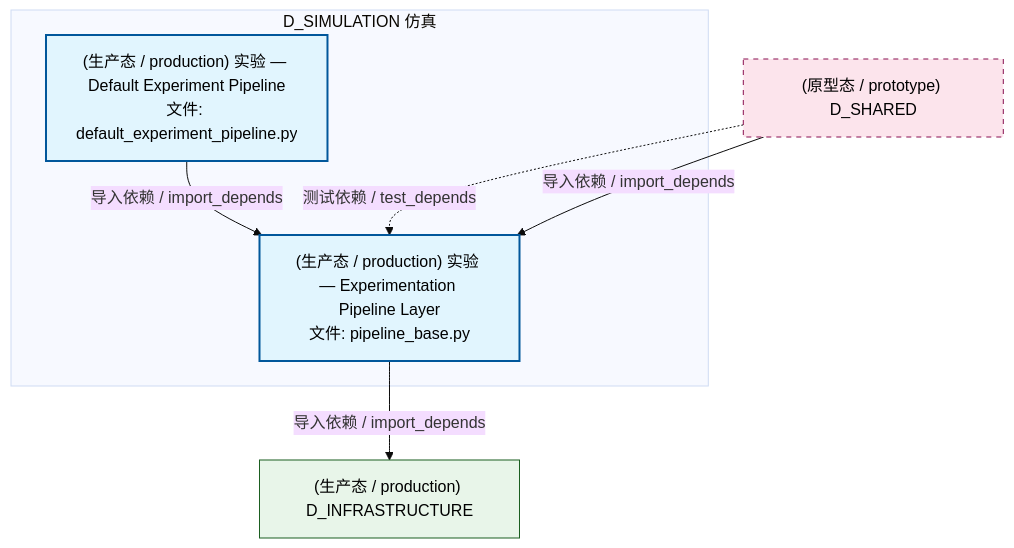
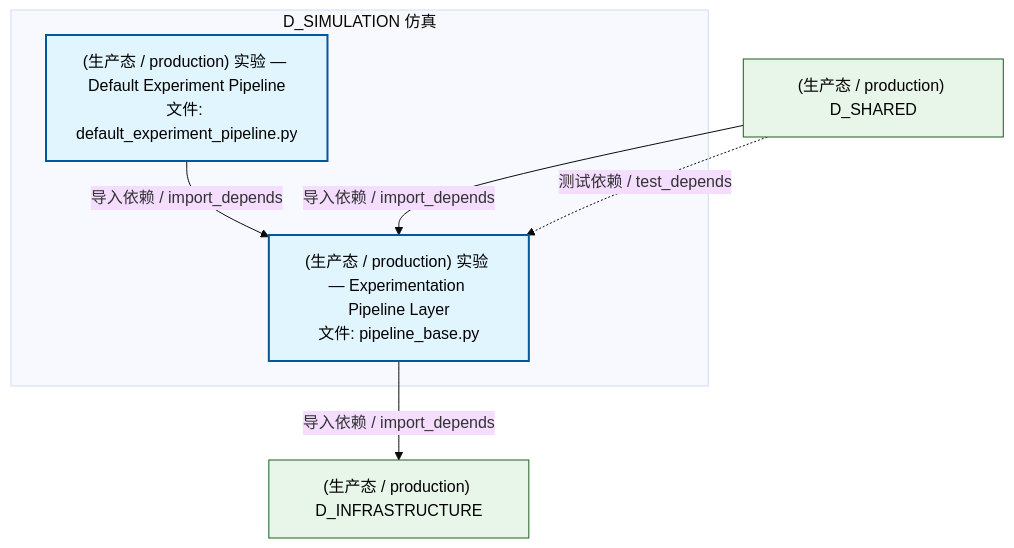
One commit to xuanFelixVan/ZephyrAlpha changed the second of 5 diagrams in docs/02_enterprise_architecture/02_domain_architecture_docs/57_d_simulation.md. Above: the diagram before and after it, drawn with Mermaid (base theme). The commit also changed other lines of this file and 126 other files, not shown here.

````diff
--- a/docs/02_enterprise_architecture/02_domain_architecture_docs/57_d_simulation.md
+++ b/docs/02_enterprise_architecture/02_domain_architecture_docs/57_d_simulation.md
@@ -112,20 +112,19 @@
 ```mermaid
 graph TD
     subgraph D_SIMULATION["D_SIMULATION 仿真"]
         src_zephyr_simulation_implementations_default_experiment_pipeline_py["(生产态 / production) 实验 — Default Experiment Pipeline<br/>文件: default_experiment_pipeline.py"]
         src_zephyr_simulation_pipeline_base_py["(生产态 / production) 实验 — Experimentation Pipeline Layer<br/>文件: pipeline_base.py"]
     end
     src_zephyr_simulation_implementations_default_experiment_pipeline_py -->|导入依赖 / import_depends| src_zephyr_simulation_pipeline_base_py
     D_INFRASTRUCTURE["(生产态 / production) D_INFRASTRUCTURE"]
     src_zephyr_simulation_pipeline_base_py -->|导入依赖 / import_depends| D_INFRASTRUCTURE
-    D_SHARED["(原型态 / prototype) D_SHARED"]
+    D_SHARED["(生产态 / production) D_SHARED"]
+    D_SHARED -->|导入依赖 / import_depends| src_zephyr_simulation_pipeline_base_py
     D_SHARED -.->|测试依赖 / test_depends| src_zephyr_simulation_pipeline_base_py
-    D_SHARED -->|导入依赖 / import_depends| src_zephyr_simulation_pipeline_base_py
     classDef production fill:#e1f5fe,stroke:#01579b,stroke-width:2px,color:#000
     classDef design fill:#fff3e0,stroke:#e65100,stroke-width:2px,color:#000,stroke-dasharray: 5 5
     classDef external_prod fill:#e8f5e9,stroke:#1b5e20,stroke-width:1px,color:#000
     classDef external_design fill:#fce4ec,stroke:#880e4f,stroke-width:1px,color:#000,stroke-dasharray: 5 5
     class src_zephyr_simulation_implementations_default_experiment_pipeline_py,src_zephyr_simulation_pipeline_base_py production
-    class D_INFRASTRUCTURE external_prod
-    class D_SHARED external_design
+    class D_INFRASTRUCTURE,D_SHARED external_prod
 ```
````
